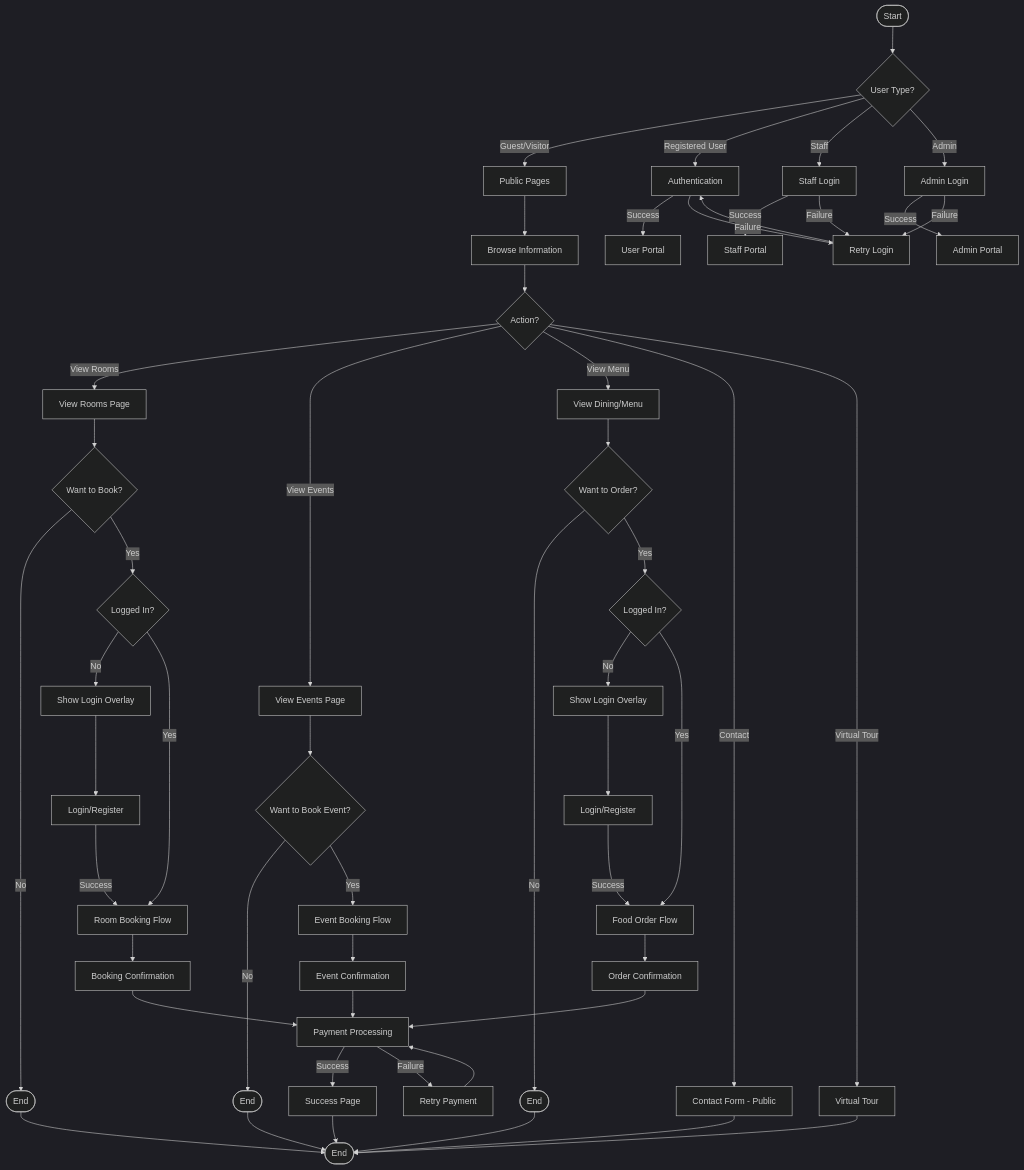
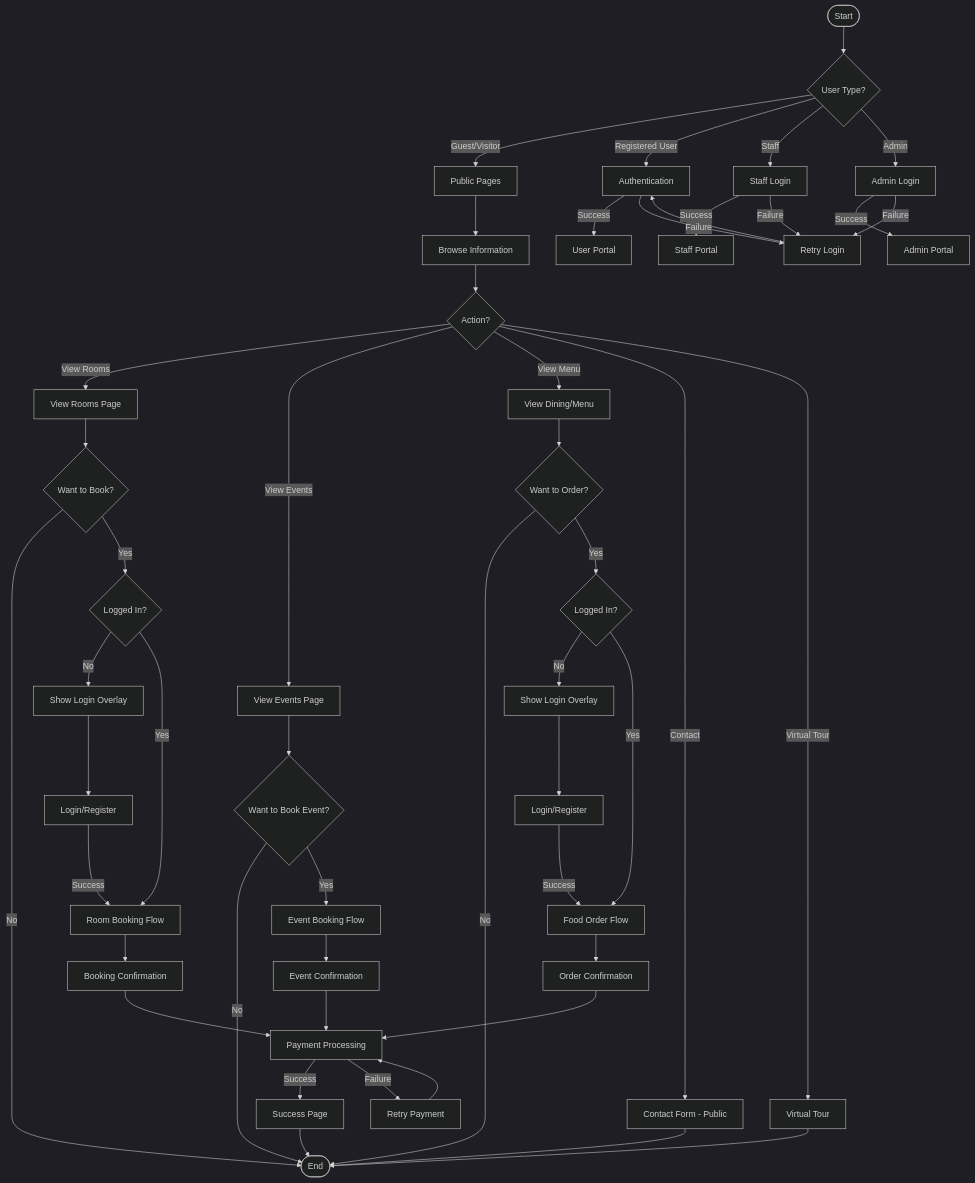
Before and after one commit to kairu15/Project-Hotel-Management-System: the first of 12 diagrams in docs/System_Flowchart.md, drawn with Mermaid (dark theme).

````diff
--- a/docs/System_Flowchart.md
+++ b/docs/System_Flowchart.md
@@ -9,71 +9,68 @@
 ```mermaid
 flowchart TB
     START([Start]) --> USER_TYPE{User Type?}
     
     USER_TYPE -->|Guest/Visitor| PUBLIC[Public Pages]
     USER_TYPE -->|Registered User| AUTH[Authentication]
     USER_TYPE -->|Staff| STAFF_AUTH[Staff Login]
     USER_TYPE -->|Admin| ADMIN_AUTH[Admin Login]
     
     PUBLIC --> BROWSE[Browse Information]
     BROWSE --> ACTION{Action?}
     
     ACTION -->|View Rooms| VIEW_ROOMS[View Rooms Page]
     ACTION -->|View Events| VIEW_EVENTS[View Events Page]
     ACTION -->|View Menu| VIEW_MENU[View Dining/Menu]
     ACTION -->|Contact| CONTACT[Contact Form - Public]
     ACTION -->|Virtual Tour| VIRTUAL_TOUR[Virtual Tour]
     
     VIEW_ROOMS --> BOOKING_ACTION{Want to Book?}
     VIEW_EVENTS --> EVENT_ACTION{Want to Book Event?}
     VIEW_MENU --> ORDER_ACTION{Want to Order?}
     
-    BOOKING_ACTION -->|No| END1([End])
-    EVENT_ACTION -->|No| END2([End])
-    ORDER_ACTION -->|No| END3([End])
+    BOOKING_ACTION -->|No| END([End])
+    EVENT_ACTION -->|No| END
+    ORDER_ACTION -->|No| END
     
     BOOKING_ACTION -->|Yes| LOGIN_CHECK1{Logged In?}
     EVENT_ACTION -->|Yes| EVENT_FLOW[Event Booking Flow]
     ORDER_ACTION -->|Yes| LOGIN_CHECK2{Logged In?}
     
     LOGIN_CHECK1 -->|No| PROMPT_LOGIN1[Show Login Overlay]
     LOGIN_CHECK1 -->|Yes| ROOM_FLOW[Room Booking Flow]
     
     LOGIN_CHECK2 -->|No| PROMPT_LOGIN2[Show Login Overlay]
     LOGIN_CHECK2 -->|Yes| FOOD_FLOW[Food Order Flow]
     
     PROMPT_LOGIN1 --> AUTH_REDIRECT1[Login/Register]
     PROMPT_LOGIN2 --> AUTH_REDIRECT2[Login/Register]
     
     AUTH_REDIRECT1 -->|Success| ROOM_FLOW
     AUTH_REDIRECT2 -->|Success| FOOD_FLOW
     
     AUTH -->|Success| USER_PORTAL[User Portal]
     AUTH -->|Failure| RETRY[Retry Login]
     RETRY --> AUTH
     
     STAFF_AUTH -->|Success| STAFF_PORTAL[Staff Portal]
     STAFF_AUTH -->|Failure| RETRY
     
     ADMIN_AUTH -->|Success| ADMIN_PORTAL[Admin Portal]
     ADMIN_AUTH -->|Failure| RETRY
     
     ROOM_FLOW --> BOOKING_CONFIRM[Booking Confirmation]
     EVENT_FLOW --> EVENT_CONFIRM[Event Confirmation]
     FOOD_FLOW --> FOOD_CONFIRM[Order Confirmation]
     
     BOOKING_CONFIRM --> PAYMENT[Payment Processing]
     EVENT_CONFIRM --> PAYMENT
     FOOD_CONFIRM --> PAYMENT
     
     PAYMENT -->|Success| SUCCESS[Success Page]
     PAYMENT -->|Failure| RETRY_PAYMENT[Retry Payment]
     RETRY_PAYMENT --> PAYMENT
     
-    SUCCESS --> END([End])
+    SUCCESS --> END
     CONTACT --> END
     VIRTUAL_TOUR --> END
-    END1 --> END
-    END2 --> END
-    END3 --> END
 ```
````
